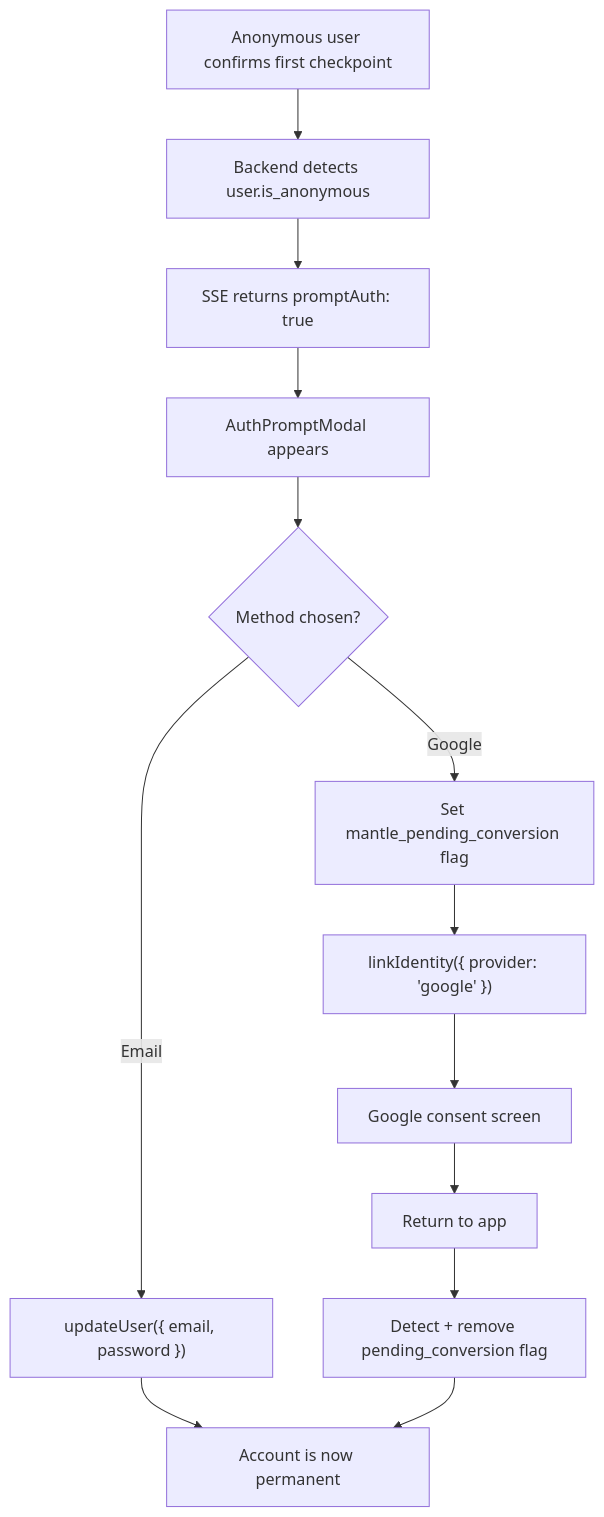
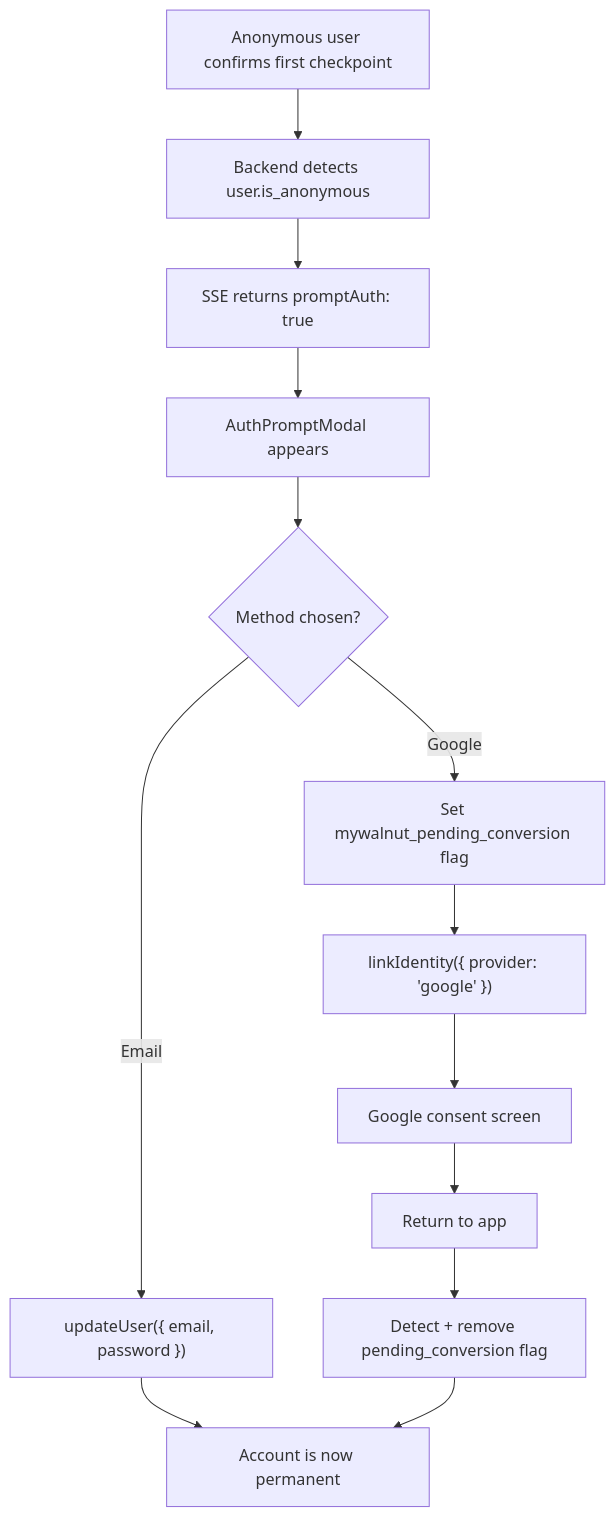
One commit to h2onation/mantle changed the third of 4 diagrams in .claude/diagrams/auth-flow.md. Above: the diagram before and after it, drawn with Mermaid. The commit also changed 51 other files, not shown here.

First line of the commit message:
Brand migration: Mantle → mywalnut (mywalnut.app)

````diff
--- a/.claude/diagrams/auth-flow.md
+++ b/.claude/diagrams/auth-flow.md
@@ -41,15 +41,15 @@
 ```mermaid
 flowchart TD
     A[Anonymous user confirms first checkpoint] --> B["Backend detects user.is_anonymous"]
     B --> C["SSE returns promptAuth: true"]
     C --> D[AuthPromptModal appears]
     D --> E{Method chosen?}
     E -- Email --> F["updateUser({ email, password })"]
-    E -- Google --> G["Set mantle_pending_conversion flag"]
+    E -- Google --> G["Set mywalnut_pending_conversion flag"]
     G --> H["linkIdentity({ provider: 'google' })"]
     H --> I[Google consent screen]
     I --> J[Return to app]
     J --> K["Detect + remove pending_conversion flag"]
     F --> L[Account is now permanent]
     K --> L
 ```
````
